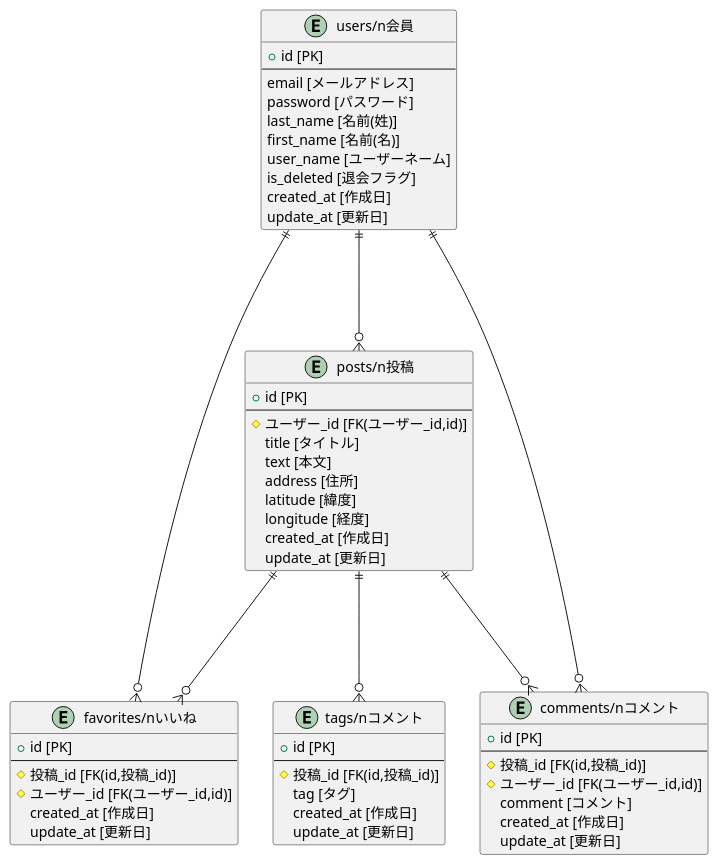
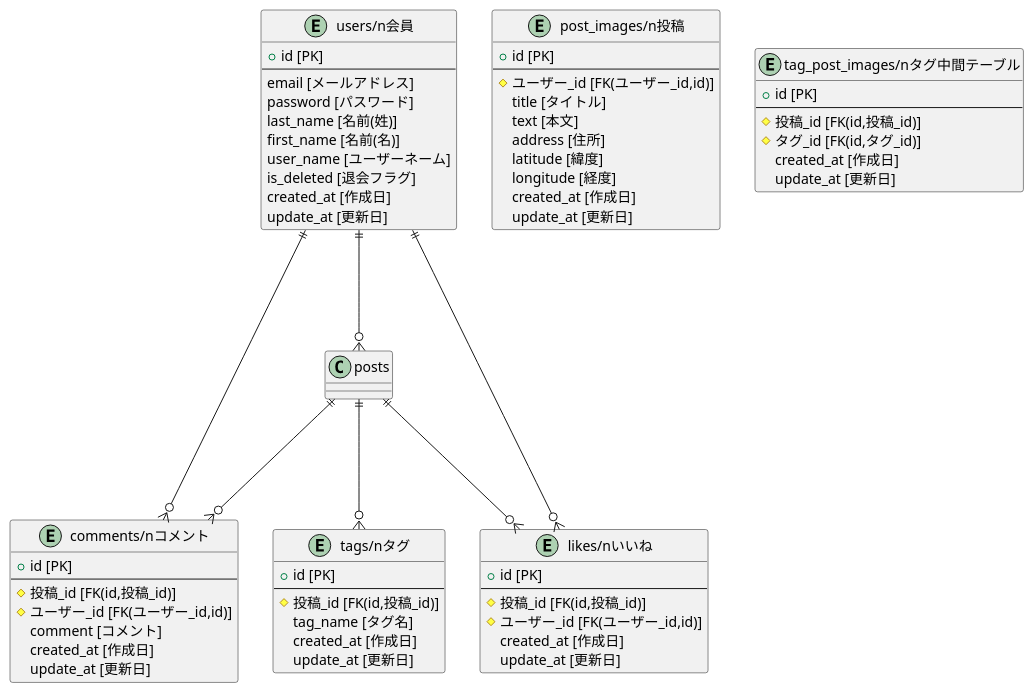
One commit to herojejung/Ours changed the diagram in README.md. Above: the diagram before and after it, drawn with PlantUML.

Commit message:
[update]ER図編集

````diff
--- a/README.md
+++ b/README.md
@@ -46,59 +46,67 @@
 ```puml
 @startuml
 entity users as "users/n会員" {
   + id [PK]
   --
 email [メールアドレス]
 password [パスワード]
 last_name [名前(姓)]
 first_name [名前(名)]
 user_name [ユーザーネーム]
 is_deleted [退会フラグ]
 created_at [作成日]
 update_at [更新日]
 }
-entity posts as "posts/n投稿" {
+entity post_images as "post_images/n投稿" {
   + id [PK]
   --
 # ユーザー_id [FK(ユーザー_id,id)]
 title [タイトル]
 text [本文]
 address [住所]
 latitude [緯度]
 longitude [経度]
 created_at [作成日]
 update_at [更新日]
 }
-entity tags as "tags/nコメント" {
+entity tags as "tags/nタグ" {
   + id [PK]
   --
 # 投稿_id [FK(id,投稿_id)]
-tag [タグ]
+tag_name [タグ名]
+created_at [作成日]
+update_at [更新日]
+}
+entity tag_post_images as "tag_post_images/nタグ中間テーブル" {
+  + id [PK]
+  --
+# 投稿_id [FK(id,投稿_id)]
+# タグ_id [FK(id,タグ_id)]
 created_at [作成日]
 update_at [更新日]
 }
 entity comments as "comments/nコメント" {
   + id [PK]
   --
 # 投稿_id [FK(id,投稿_id)]
 # ユーザー_id [FK(ユーザー_id,id)]
 comment [コメント]
 created_at [作成日]
 update_at [更新日]
 }
-entity favorites as "favorites/nいいね" {
+entity favorites as "likes/nいいね" {
   + id [PK]
   --
 # 投稿_id [FK(id,投稿_id)]
 # ユーザー_id [FK(ユーザー_id,id)]
 created_at [作成日]
 update_at [更新日]
 }
 users ||-d--o{ posts
 posts ||-d--o{tags
 users ||-d--o{ comments
 users ||-d--o{ favorites
 posts ||-d--o{ comments
 posts ||-d--o{ favorites
 @enduml
 ```
````
